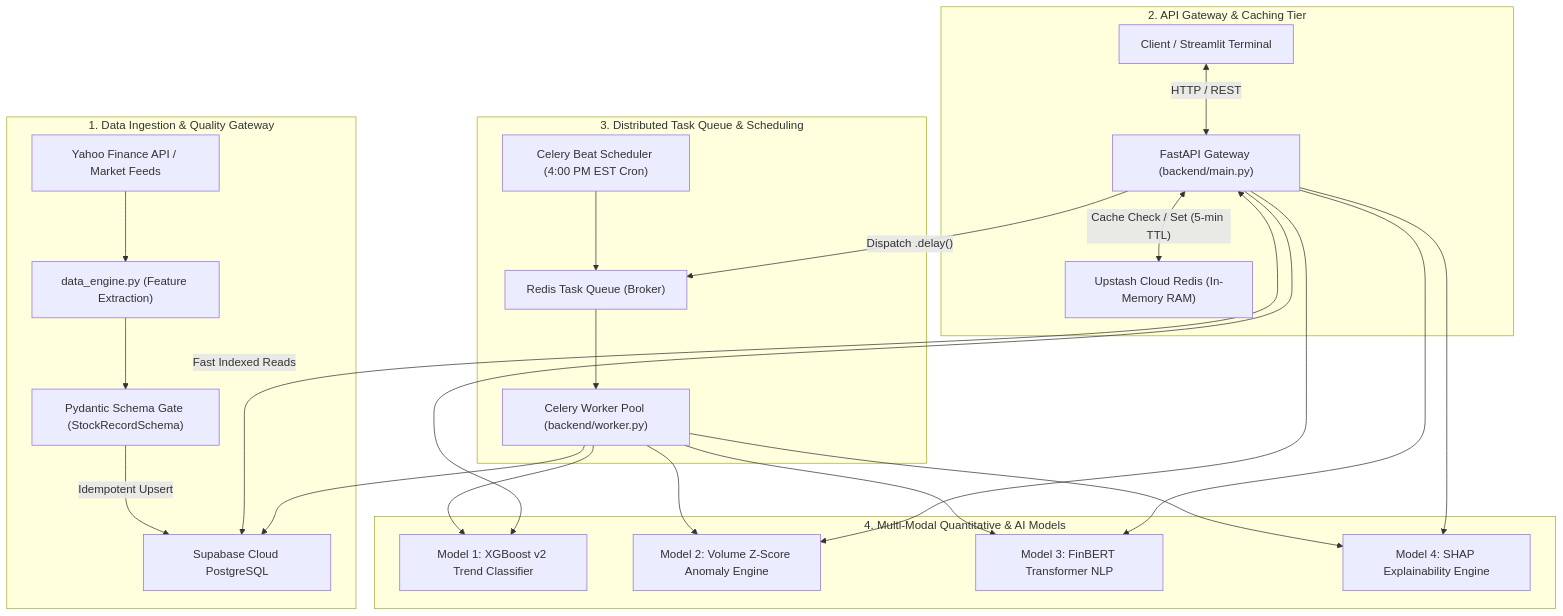
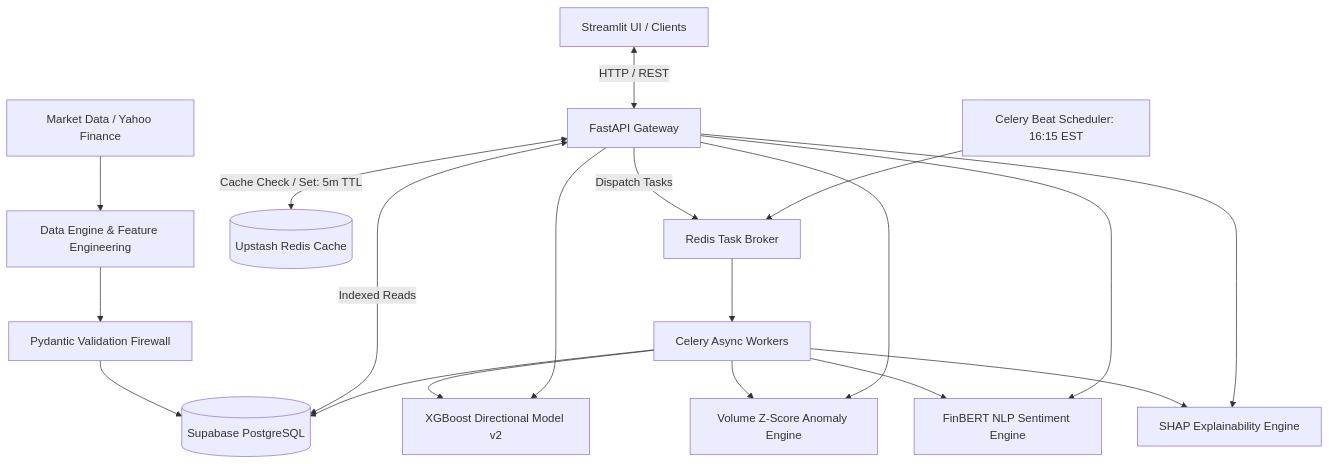
One commit to shaurya212121/StreamQuant changed the diagram in README.md. Above: the diagram before and after it, drawn with Mermaid.

Commit message:
docs: fix mermaid diagram syntax for clean GitHub rendering

````diff
--- a/README.md
+++ b/README.md
@@ -44,28 +44,20 @@
 ```mermaid
-flowchart TD
-    subgraph Ingestion_Layer["1. Data Ingestion & Quality Gateway"]
-        YF["Yahoo Finance API / Market Feeds"] --> DE["data_engine.py (Feature Extraction)"]
-        DE --> QC["Pydantic Schema Gate (StockRecordSchema)"]
-        QC -->|"Idempotent Upsert"| DB["Supabase Cloud PostgreSQL"]
-    end
+graph TD
+    A[Market Data / Yahoo Finance] --> B[Data Engine & Feature Engineering]
+    B --> C[Pydantic Validation Firewall]
+    C --> D[(Supabase PostgreSQL)]
 
-    subgraph Caching_Gateway["2. API Gateway & Caching Tier"]
-        Client["Client / Streamlit Terminal"] <-->|"HTTP / REST"| API["FastAPI Gateway (backend/main.py)"]
-        API <-->|"Cache Check / Set (5-min TTL)"| Redis["Upstash Cloud Redis (In-Memory RAM)"]
-        API <-->|"Fast Indexed Reads"| DB
-    end
+    E[Streamlit UI / Clients] <-->|HTTP / REST| F[FastAPI Gateway]
+    F <-->|Cache Check / Set: 5m TTL| G[(Upstash Redis Cache)]
+    F <-->|Indexed Reads| D
 
-    subgraph Async_Worker_Pool["3. Distributed Task Queue & Scheduling"]
-        API -->|"Dispatch .delay()"| Queue["Redis Task Queue (Broker)"]
-        Beat["Celery Beat Scheduler (4:00 PM EST Cron)"] --> Queue
-        Queue --> Worker["Celery Worker Pool (backend/worker.py)"]
-        Worker --> DB
-    end
+    F -->|Dispatch Tasks| H[Redis Task Broker]
+    I[Celery Beat Scheduler: 16:15 EST] --> H
+    H --> J[Celery Async Workers]
+    J --> D
 
-    subgraph Intelligence_Layer["4. Multi-Modal Quantitative & AI Models"]
-        Worker & API --> M1["Model 1: XGBoost v2 Trend Classifier"]
-        Worker & API --> M2["Model 2: Volume Z-Score Anomaly Engine"]
-        Worker & API --> M3["Model 3: FinBERT Transformer NLP"]
-        Worker & API --> M4["Model 4: SHAP Explainability Engine"]
-    end
+    J & F --> K[XGBoost Directional Model v2]
+    J & F --> L[Volume Z-Score Anomaly Engine]
+    J & F --> M[FinBERT NLP Sentiment Engine]
+    J & F --> N[SHAP Explainability Engine]
 ```
````
